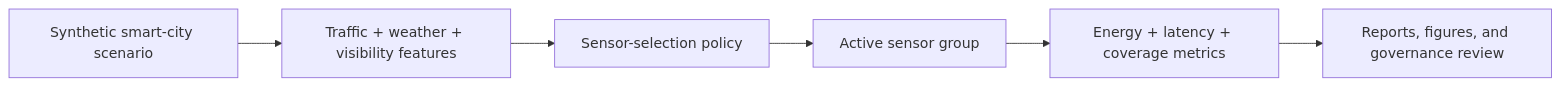
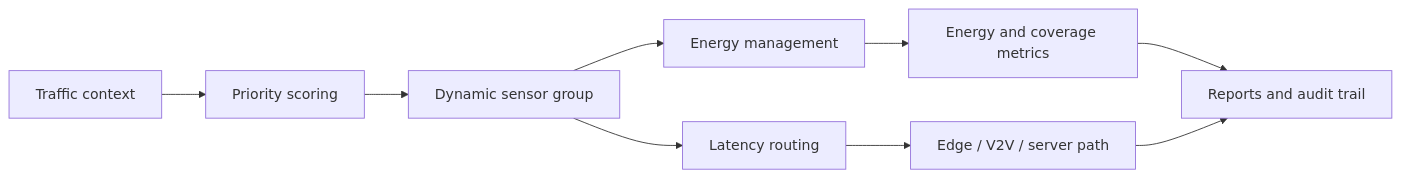
Before and after one commit to Hirakhyzer/-Adaptive-Sensor-Selection-in-Smart-Cities: the diagram in README.md, drawn with Mermaid. The commit also changed other lines of this file, not shown here.

````diff
--- a/README.md
+++ b/README.md
@@ -55,8 +81,11 @@
 ```mermaid
 flowchart LR
-  A[Synthetic smart-city scenario] --> B[Traffic + weather + visibility features]
-  B --> C[Sensor-selection policy]
-  C --> D[Active sensor group]
-  D --> E[Energy + latency + coverage metrics]
-  E --> F[Reports, figures, and governance review]
+  A[Traffic context] --> B[Priority scoring]
+  B --> C[Dynamic sensor group]
+  C --> D[Energy management]
+  C --> E[Latency routing]
+  D --> F[Energy and coverage metrics]
+  E --> G[Edge / V2V / server path]
+  F --> H[Reports and audit trail]
+  G --> H
 ```
````
